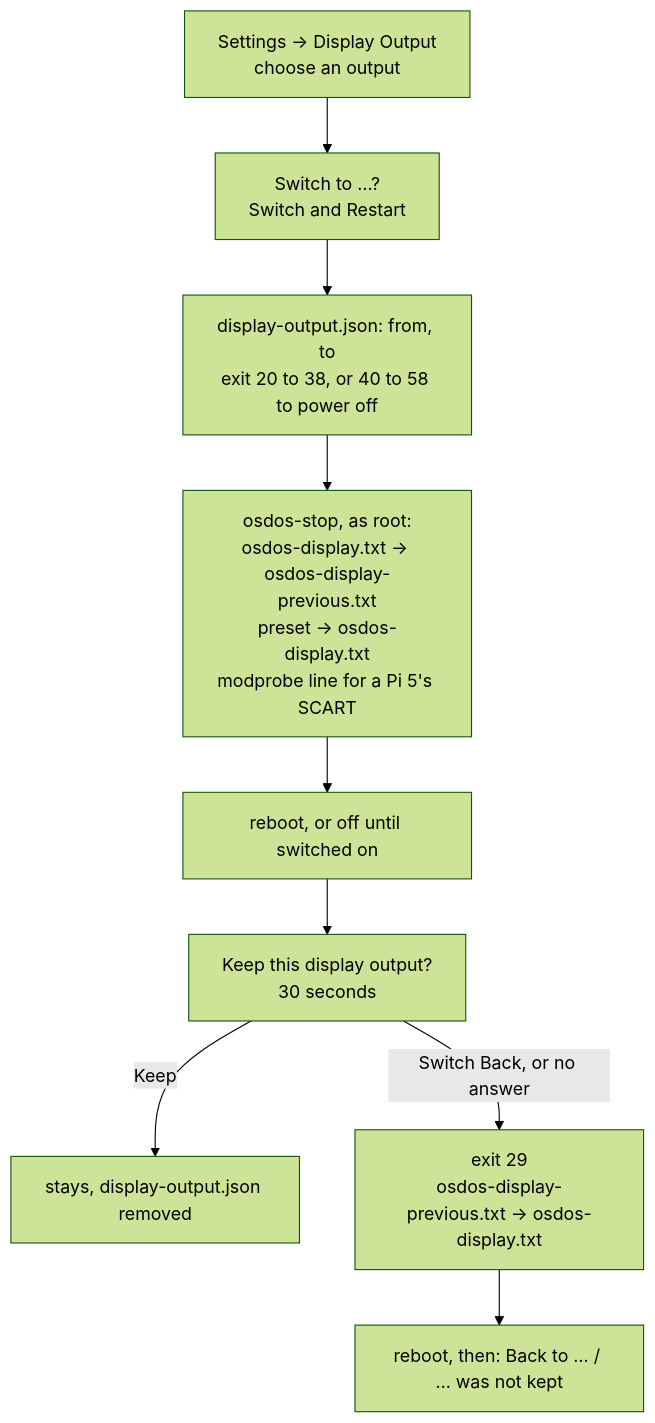
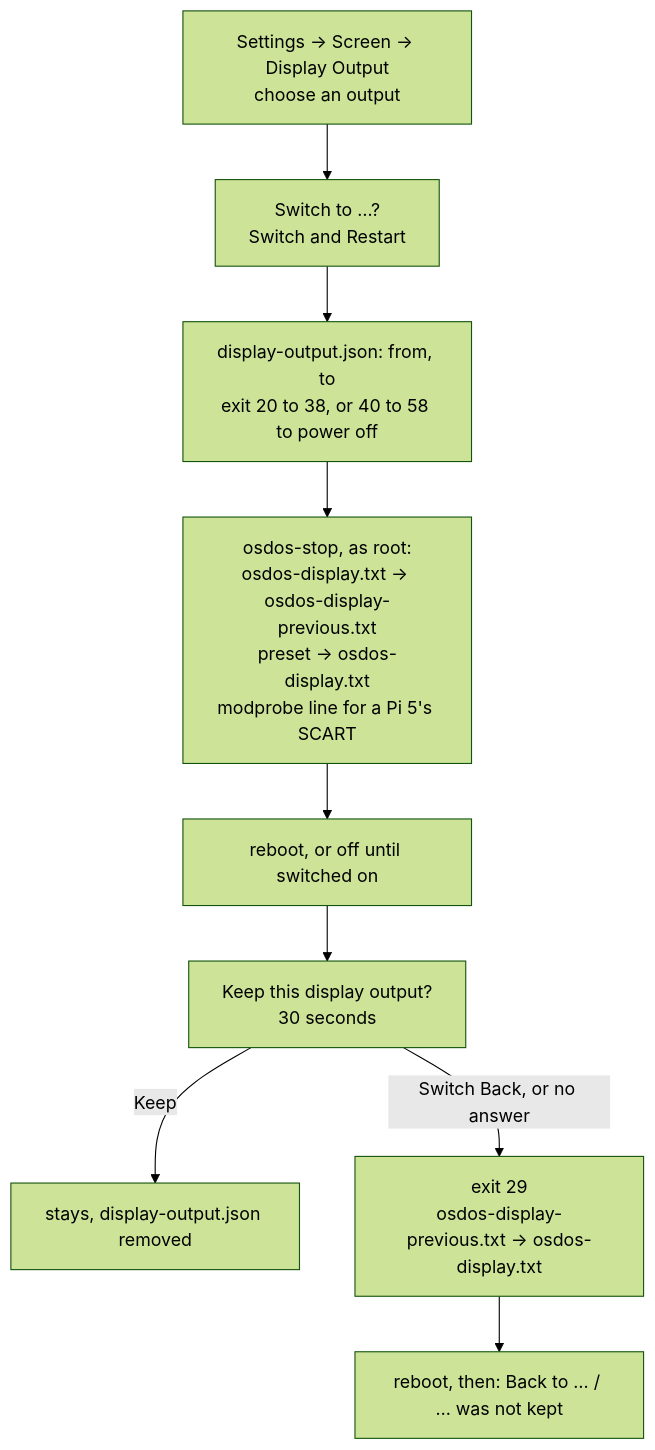
The first of 2 diagrams in docs/wiki/Display-Output.md (mehmetraif/OSD-OS), drawn with Mermaid (forest theme) before and after one commit. The commit also changed other lines of this file and 157 other files, not shown here.

````diff
--- a/docs/wiki/Display-Output.md
+++ b/docs/wiki/Display-Output.md
@@ -126,11 +126,11 @@
 ```mermaid
 flowchart TD
-    A["Settings → Display Output<br/>choose an output"] --> B["Switch to …?<br/>Switch and Restart"]
+    A["Settings → Screen → Display Output<br/>choose an output"] --> B["Switch to …?<br/>Switch and Restart"]
     B --> C["display-output.json: from, to<br/>exit 20 to 38, or 40 to 58 to power off"]
     C --> D["osdos-stop, as root:<br/>osdos-display.txt → osdos-display-previous.txt<br/>preset → osdos-display.txt<br/>modprobe line for a Pi 5's SCART"]
     D --> E["reboot, or off until switched on"]
     E --> F["Keep this display output?<br/>30 seconds"]
     F -- "Keep" --> G["stays, display-output.json removed"]
     F -- "Switch Back, or no answer" --> H["exit 29<br/>osdos-display-previous.txt → osdos-display.txt"]
     H --> I["reboot, then: Back to … / … was not kept"]
 ```
````
